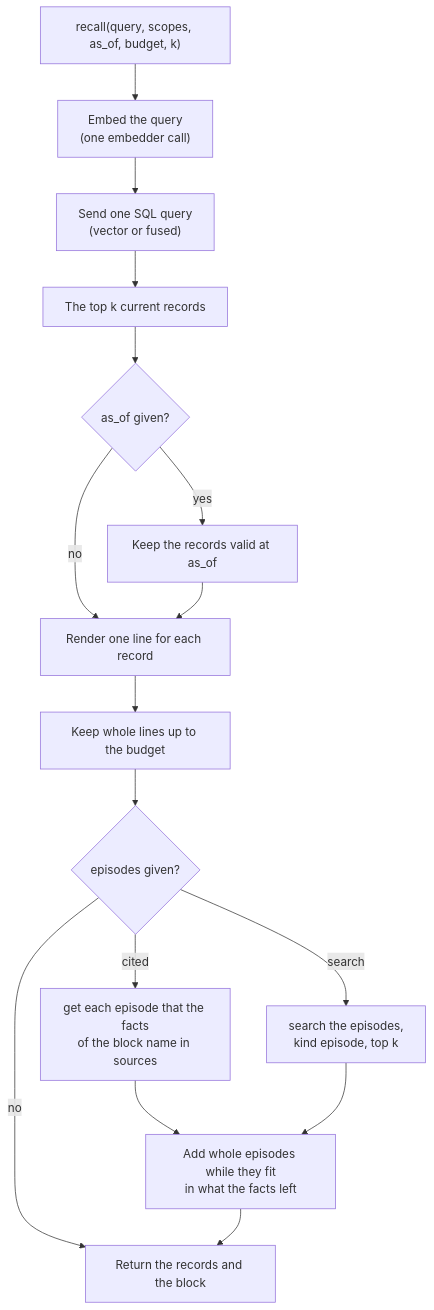
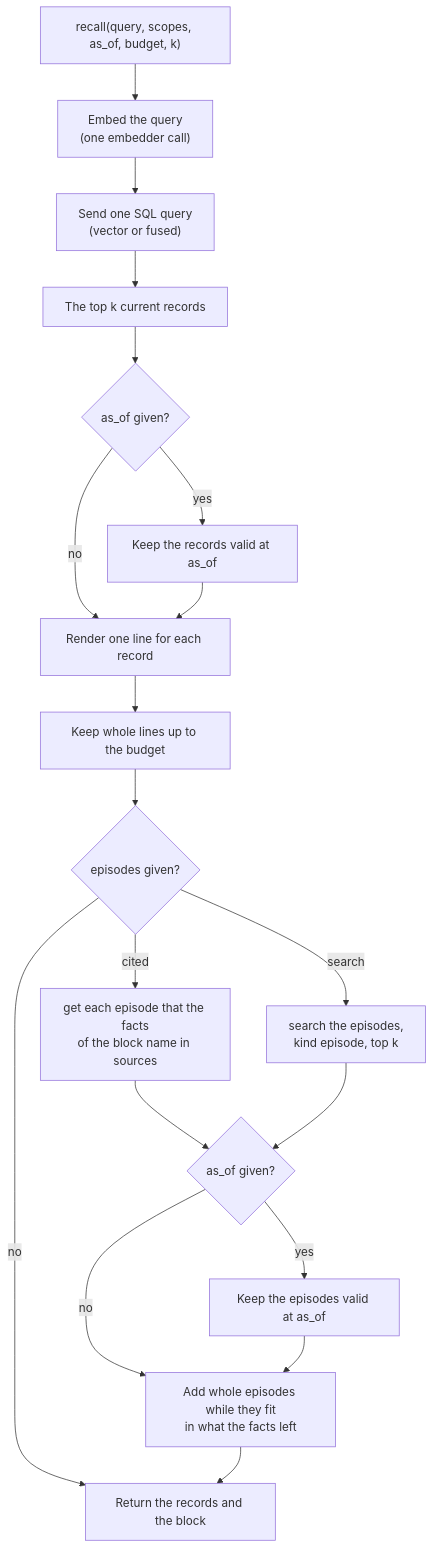
One commit to hotdata-dev/hotmemory changed the seventh of 12 diagrams in docs/internal/architecture.md. Above: the diagram before and after it, drawn with Mermaid. The commit also changed other lines of this file and 24 other files, not shown here.

````diff
--- a/docs/internal/architecture.md
+++ b/docs/internal/architecture.md
@@ -382,18 +394,21 @@
 ```mermaid
 flowchart TD
     q["recall(query, scopes, as_of, budget, k)"] --> embed["Embed the query<br/>(one embedder call)"]
     embed --> sql["Send one SQL query<br/>(vector or fused)"]
     sql --> top["The top k current records"]
     top --> asof{"as_of given?"}
     asof -- "yes" --> keep["Keep the records valid at as_of"]
     asof -- "no" --> render
     keep --> render["Render one line for each record"]
     render --> fit["Keep whole lines up to the budget"]
     fit --> eps{"episodes given?"}
     eps -- "no" --> out["Return the records and the block"]
     eps -- "cited" --> get["get each episode that the facts<br/>of the block name in sources"]
     eps -- "search" --> find["search the episodes,<br/>kind episode, top k"]
-    get --> whole["Add whole episodes while they fit<br/>in what the facts left"]
-    find --> whole
+    get --> epasof{"as_of given?"}
+    find --> epasof
+    epasof -- "yes" --> epkeep["Keep the episodes valid at as_of"]
+    epasof -- "no" --> whole
+    epkeep --> whole["Add whole episodes while they fit<br/>in what the facts left"]
     whole --> out
 ```
````
